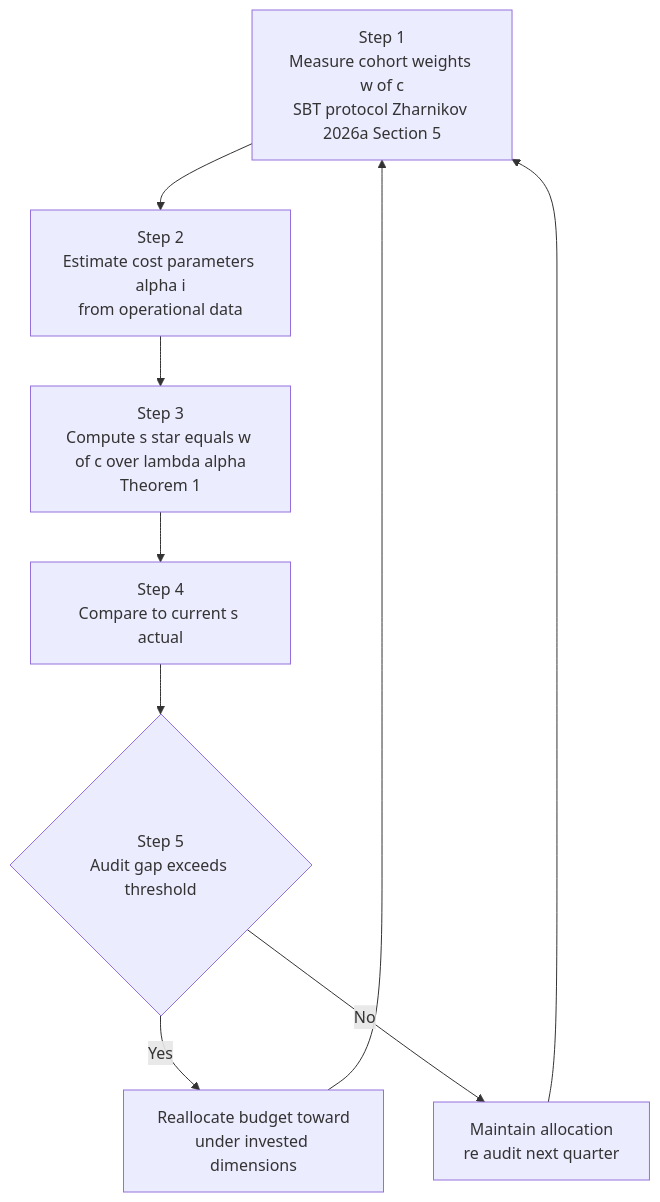
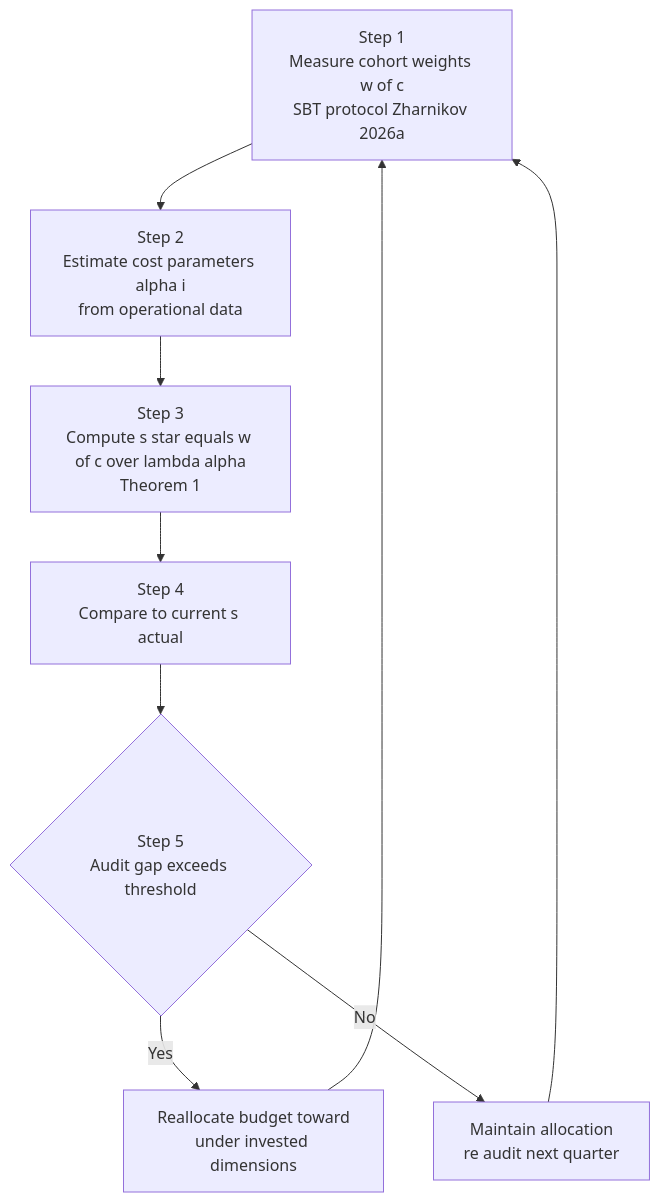
One commit to spectralbranding/sbt-papers changed the second of 2 diagrams in r7-spectral-resource-allocation/paper.md. Above: the diagram before and after it, drawn with Mermaid. The commit also changed other lines of this file and 37 other files, not shown here.

````diff
--- a/r7-spectral-resource-allocation/paper.md
+++ b/r7-spectral-resource-allocation/paper.md
@@ -597,11 +595,11 @@
 ```mermaid
 graph TD
-    A[Step 1<br/>Measure cohort weights w of c<br/>SBT protocol Zharnikov 2026a Section 5] --> B[Step 2<br/>Estimate cost parameters alpha i<br/>from operational data]
+    A[Step 1<br/>Measure cohort weights w of c<br/>SBT protocol Zharnikov 2026a] --> B[Step 2<br/>Estimate cost parameters alpha i<br/>from operational data]
     B --> C[Step 3<br/>Compute s star equals w of c over lambda alpha<br/>Theorem 1]
     C --> D[Step 4<br/>Compare to current s actual]
     D --> E{Step 5<br/>Audit gap exceeds threshold}
     E -->|Yes| F[Reallocate budget toward<br/>under invested dimensions]
     E -->|No| G[Maintain allocation<br/>re audit next quarter]
     F --> A
     G --> A
 ```
````
